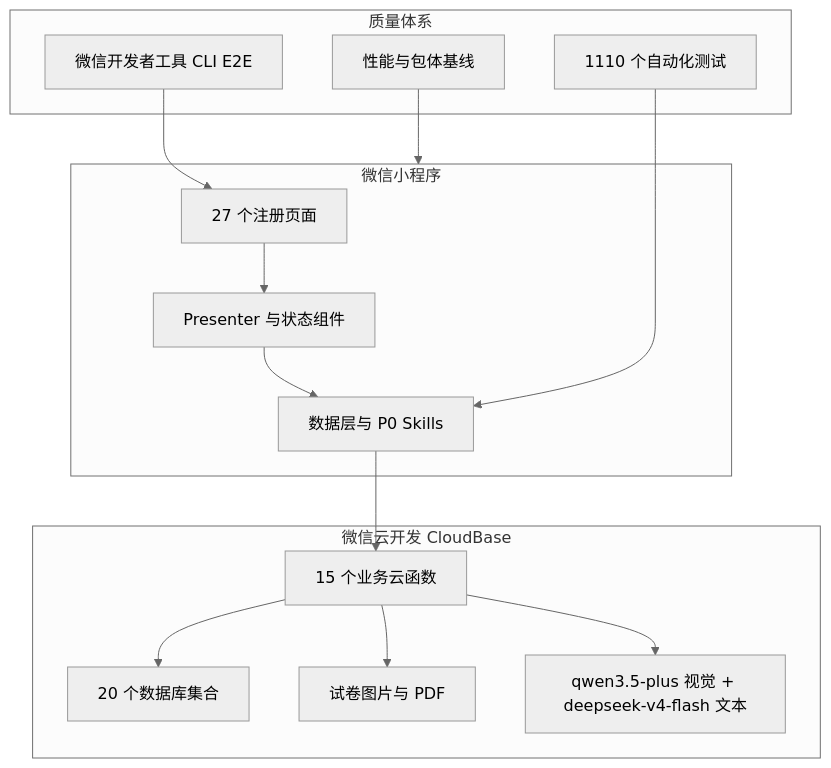
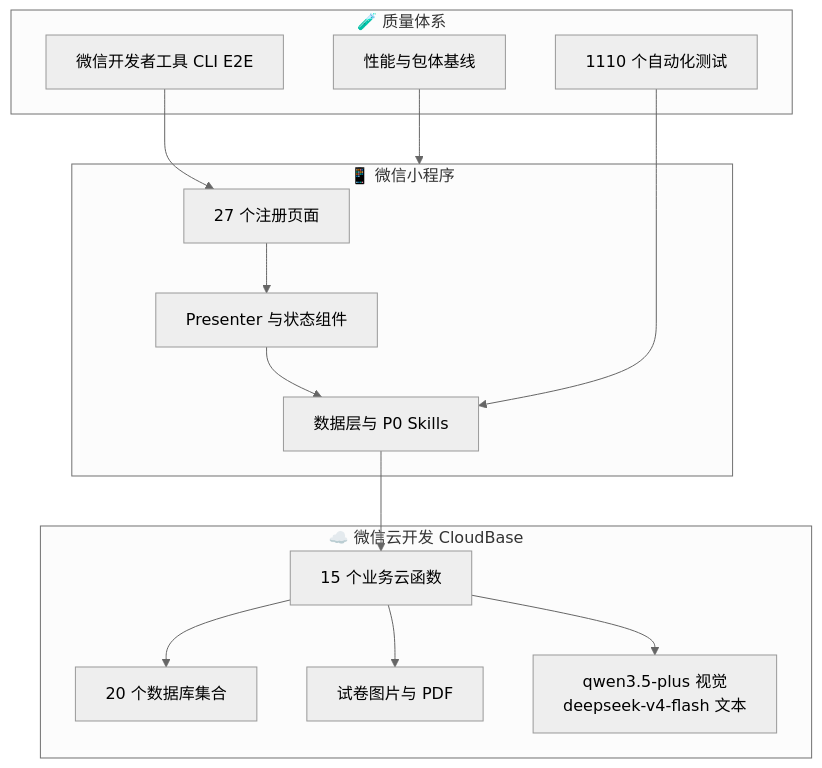
The fourth of 4 diagrams in README.md (davyzhong/miniprogram-learning-diagnostic), drawn with Mermaid (neutral theme) before and after one commit. The commit also changed other lines of this file and 1 other file, not shown here.

First line of the commit message:
docs: README 视觉重制——18 张截图、六态状态机与三层防线图、指标速览卡

````diff
--- a/README.md
+++ b/README.md
@@ -173,26 +212,26 @@
 ```mermaid
 flowchart TB
-    subgraph Client[微信小程序]
-      Pages[27 个注册页面]
-      Presenters[Presenter 与状态组件]
-      Services[数据层与 P0 Skills]
+    subgraph Client["📱 微信小程序"]
+      Pages["27 个注册页面"]
+      Presenters["Presenter 与状态组件"]
+      Services["数据层与 P0 Skills"]
     end
-    subgraph Cloud[微信云开发 CloudBase]
-      Functions[15 个业务云函数]
-      Database[20 个数据库集合]
-      Storage[试卷图片与 PDF]
-      AI[qwen3.5-plus 视觉 + deepseek-v4-flash 文本]
+    subgraph Cloud["☁️ 微信云开发 CloudBase"]
+      Functions["15 个业务云函数"]
+      Database["20 个数据库集合"]
+      Storage["试卷图片与 PDF"]
+      AI["qwen3.5-plus 视觉<br/>deepseek-v4-flash 文本"]
     end
-    subgraph Quality[质量体系]
-      Unit[1110 个自动化测试]
-      CLI[微信开发者工具 CLI E2E]
-      Perf[性能与包体基线]
+    subgraph Quality["🧪 质量体系"]
+      Unit["1110 个自动化测试"]
+      CLI["微信开发者工具 CLI E2E"]
+      Perf["性能与包体基线"]
     end
     Pages --> Presenters --> Services --> Functions
     Functions --> Database
     Functions --> Storage
     Functions --> AI
     Unit --> Services
     CLI --> Pages
     Perf --> Client
 ```
````
